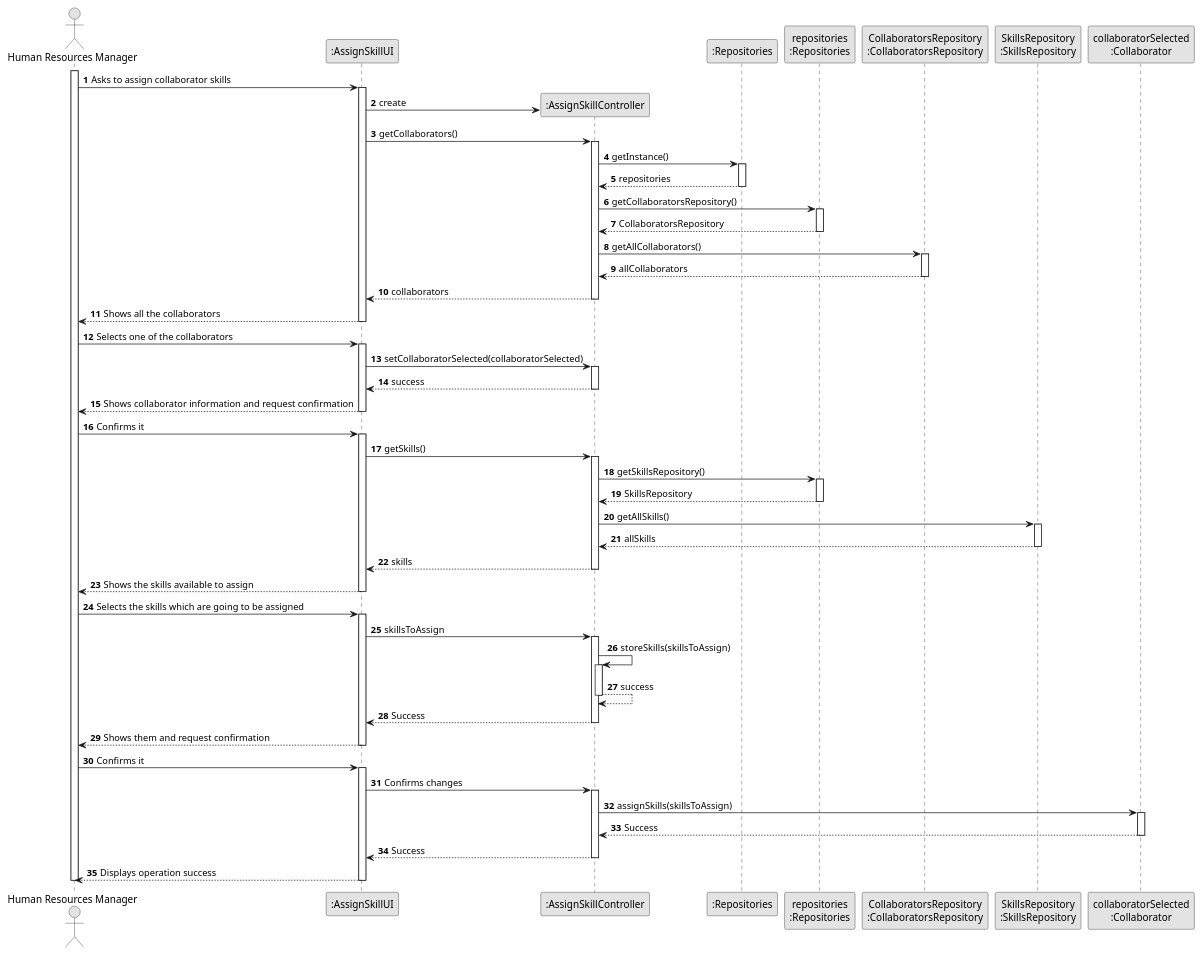
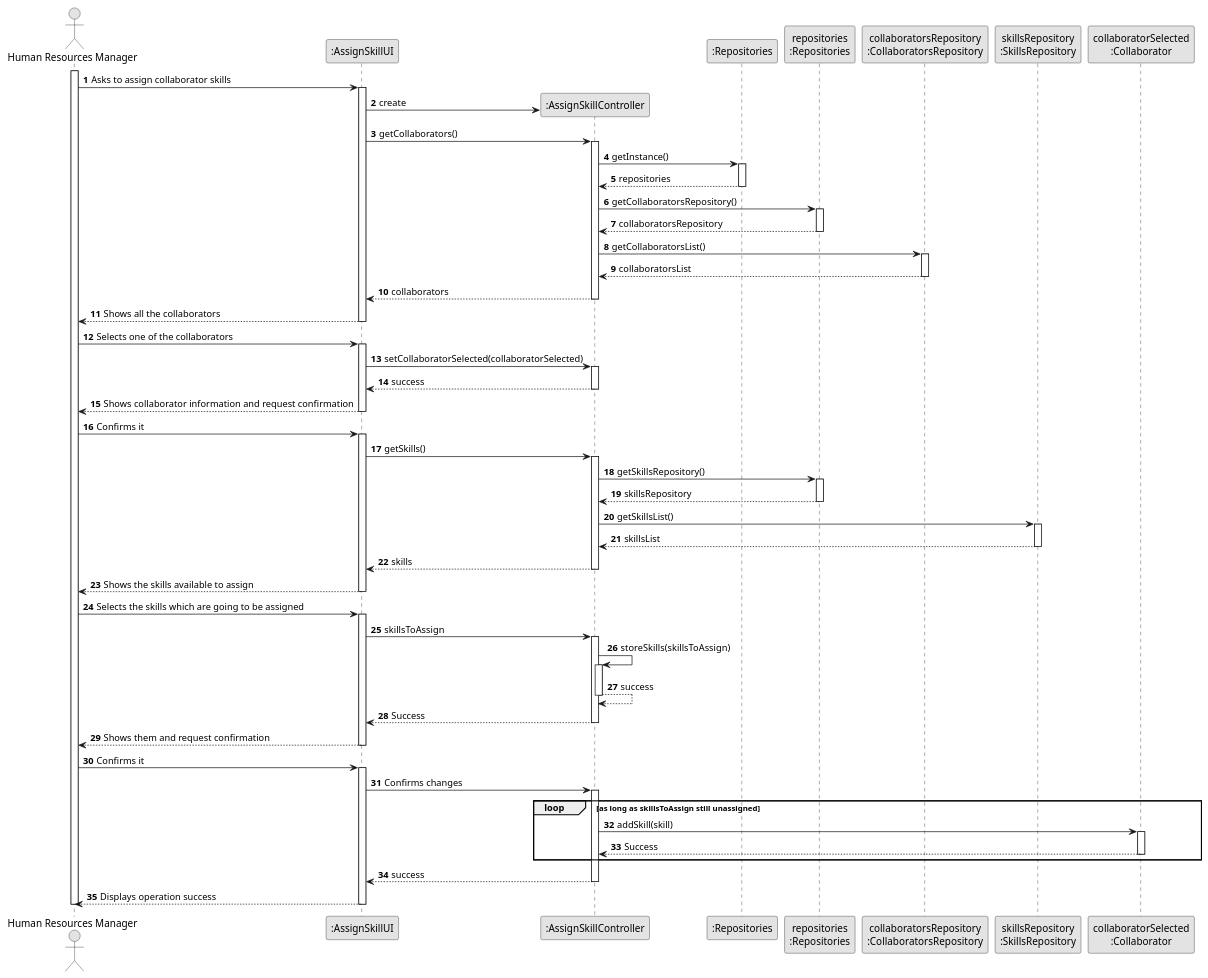
Before and after one commit to 1231360-ISEP/lei-24-s2-1db-g021: the diagram in docs/sprint2/us004/03.design/puml/us004-sequence-diagram-full.puml, drawn with PlantUML. The commit also changed 3 other files, not shown here.

Commit message:
US004 & Us008 - updating Sequence & Class Diagrams and their svg.

```diff
--- a/docs/sprint2/us004/03.design/puml/us004-sequence-diagram-full.puml
+++ b/docs/sprint2/us004/03.design/puml/us004-sequence-diagram-full.puml
@@ -1,126 +1,128 @@
 @startuml
 skinparam monochrome true
 skinparam packageStyle rectangle
 skinparam shadowing false
 
 autonumber
 
 'hide footbox
 actor "Human Resources Manager" as ADM
 participant ":AssignSkillUI" as UI
 participant ":AssignSkillController" as CTRL
 participant ":Repositories" as Repositories
 participant "repositories\n:Repositories" as RepoInstance
-participant "CollaboratorsRepository\n:CollaboratorsRepository" as CollaboratorRepo
-participant "SkillsRepository\n:SkillsRepository" as SkillRepo
+participant "collaboratorsRepository\n:CollaboratorsRepository" as CollaboratorRepo
+participant "skillsRepository\n:SkillsRepository" as SkillRepo
 participant "collaboratorSelected\n:Collaborator" as Collaborator
 
 activate ADM
 
         ADM -> UI : Asks to assign collaborator skills
 
         activate UI
             UI -> CTRL** : create
             UI -> CTRL : getCollaborators()
 
             activate CTRL
 
                 CTRL -> Repositories : getInstance()
                 activate Repositories
                     Repositories --> CTRL : repositories
                 deactivate Repositories
 
                 CTRL -> RepoInstance : getCollaboratorsRepository()
 
                 activate RepoInstance
-                    RepoInstance --> CTRL : CollaboratorsRepository
+                    RepoInstance --> CTRL : collaboratorsRepository
                 deactivate RepoInstance
 
-                CTRL -> CollaboratorRepo : getAllCollaborators()
+                CTRL -> CollaboratorRepo : getCollaboratorsList()
                 activate CollaboratorRepo
-                    CollaboratorRepo --> CTRL : allCollaborators
+                    CollaboratorRepo --> CTRL : collaboratorsList
                 deactivate CollaboratorRepo
 
                 CTRL --> UI : collaborators
             deactivate CTRL
 
             UI --> ADM : Shows all the collaborators
         deactivate UI
 
         ADM -> UI : Selects one of the collaborators
 
         activate UI
 
             UI -> CTRL : setCollaboratorSelected(collaboratorSelected)
 
             activate CTRL
                 CTRL --> UI : success
             deactivate CTRL
 
             UI --> ADM : Shows collaborator information and request confirmation
         deactivate UI
 
         ADM -> UI : Confirms it
 
         activate UI
             UI -> CTRL : getSkills()
 
             activate CTRL
 
                 CTRL -> RepoInstance : getSkillsRepository()
 
                 activate RepoInstance
-                    RepoInstance --> CTRL : SkillsRepository
+                    RepoInstance --> CTRL : skillsRepository
                 deactivate RepoInstance
 
-                CTRL -> SkillRepo : getAllSkills()
+                CTRL -> SkillRepo : getSkillsList()
 
                 activate SkillRepo
-                    SkillRepo --> CTRL : allSkills
+                    SkillRepo --> CTRL : skillsList
                 deactivate SkillRepo
 
                 CTRL --> UI : skills
             deactivate CTRL
 
             UI --> ADM : Shows the skills available to assign
         deactivate UI
 
         ADM -> UI : Selects the skills which are going to be assigned
 
         activate UI
             UI -> CTRL : skillsToAssign
 
             activate CTRL
                 CTRL -> CTRL : storeSkills(skillsToAssign)
 
                 activate CTRL
                     CTRL --> CTRL : success
                 deactivate CTRL
 
                 CTRL --> UI : Success
             deactivate CTRL
 
             UI --> ADM : Shows them and request confirmation
         deactivate UI
 
         ADM -> UI : Confirms it
 
         activate UI
             UI -> CTRL : Confirms changes
             
             activate CTRL
-                CTRL -> Collaborator : assignSkills(skillsToAssign)
+                loop as long as skillsToAssign still unassigned
+                    CTRL -> Collaborator : addSkill(skill)
 
-                activate Collaborator
-                    Collaborator --> CTRL : Success
-                deactivate Collaborator
+                    activate Collaborator
+                        Collaborator --> CTRL : Success
+                    deactivate Collaborator
 
-                CTRL --> UI : Success
+                end
+                CTRL --> UI : success
             deactivate CTRL
 
             UI --> ADM : Displays operation success
         deactivate UI
 
 deactivate ADM
 
 @enduml
```
